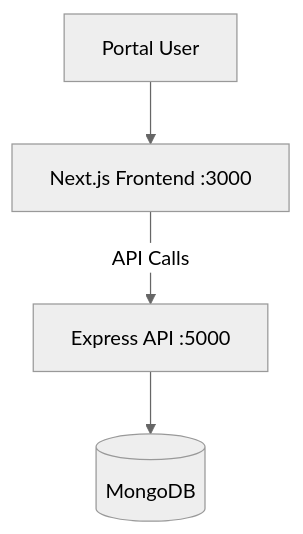
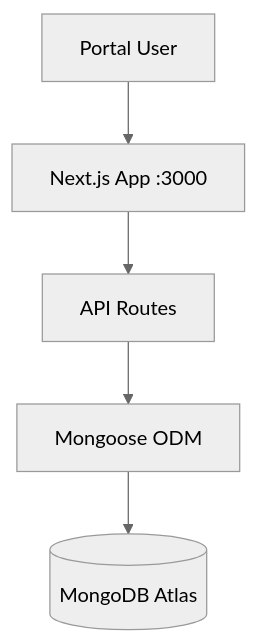
Before and after one commit to S9Mahapatra/rentalhub: the diagram in user/ARCHITECTURE.md, drawn with Mermaid (neutral theme). The commit also changed other lines of this file and 20 other files, not shown here.

Commit message:
refactor: migrate backend from Express to Next.js API routes and update architecture to Mongoose with improved checkout loading states

````diff
--- a/user/ARCHITECTURE.md
+++ b/user/ARCHITECTURE.md
@@ -5,11 +5,13 @@
 ```mermaid
 flowchart TD
     User[Portal User]
-    Frontend[Next.js Frontend :3000]
-    Backend[Express API :5000]
-    DB[(MongoDB)]
+    NextJS[Next.js App :3000]
+    APIRoutes[API Routes]
+    Mongoose[Mongoose ODM]
+    DB[(MongoDB Atlas)]
     
-    User --> Frontend
-    Frontend -->|API Calls| Backend
-    Backend --> DB
+    User --> NextJS
+    NextJS --> APIRoutes
+    APIRoutes --> Mongoose
+    Mongoose --> DB
 ```
````
